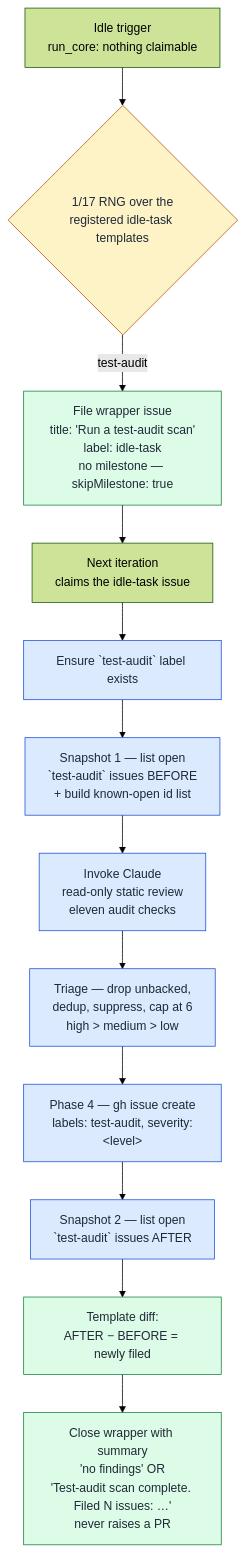
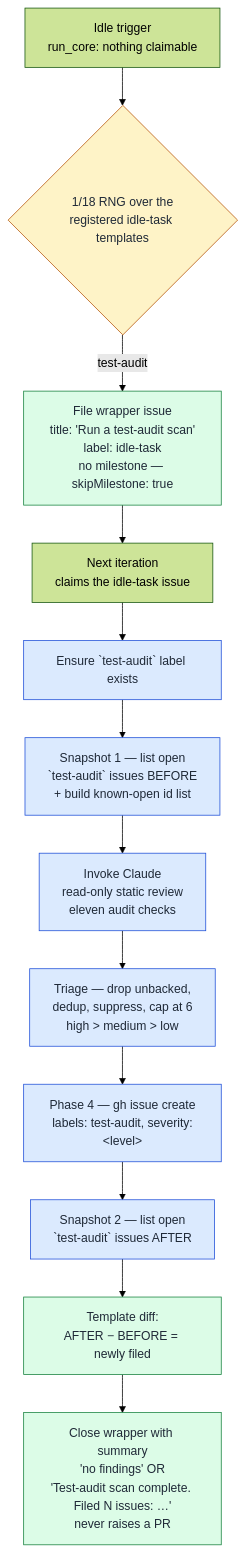
Before and after one commit to stSoftwareAU/VibeCoder: the second of 2 diagrams in docs/TEST-AUDIT-SCAN.md, drawn with Mermaid (forest theme). The commit also changed other lines of this file and 11 other files, not shown here.

````diff
--- a/docs/TEST-AUDIT-SCAN.md
+++ b/docs/TEST-AUDIT-SCAN.md
@@ -191,20 +191,20 @@
 ```mermaid
 flowchart TD
     classDef gate fill:#fef3c7,stroke:#b45309,color:#1f2937;
     classDef phase fill:#dbeafe,stroke:#1d4ed8,color:#1f2937;
     classDef output fill:#dcfce7,stroke:#15803d,color:#1f2937;
 
     Idle[Idle trigger<br/>run_core: nothing claimable]
-    Idle --> Pick{1/17 RNG over the<br/>registered idle-task templates}
+    Idle --> Pick{1/18 RNG over the<br/>registered idle-task templates}
     Pick -- test-audit --> FileWrapper[File wrapper issue<br/>title: 'Run a test-audit scan'<br/>label: idle-task<br/>no milestone — skipMilestone: true]:::output
     FileWrapper --> Claim[Next iteration<br/>claims the idle-task issue]
     Claim --> Ensure[Ensure `test-audit` label exists]:::phase
     Ensure --> Before[Snapshot 1 — list open<br/>`test-audit` issues BEFORE<br/>+ build known-open id list]:::phase
     Before --> Run[Invoke Claude<br/>read-only static review<br/>eleven audit checks]:::phase
     Run --> Cap[Triage — drop unbacked,<br/>dedup, suppress, cap at 6<br/>high > medium > low]:::phase
     Cap --> FileFindings[Phase 4 — gh issue create<br/>labels: test-audit, severity:&lt;level&gt;]:::phase
     FileFindings --> After[Snapshot 2 — list open<br/>`test-audit` issues AFTER]:::phase
     After --> Diff[Template diff:<br/>AFTER − BEFORE = newly filed]:::output
     Diff --> Close[Close wrapper with summary<br/>'no findings' OR<br/>'Test-audit scan complete. Filed N issues: …'<br/>never raises a PR]:::output
     class Pick gate;
 ```
````
